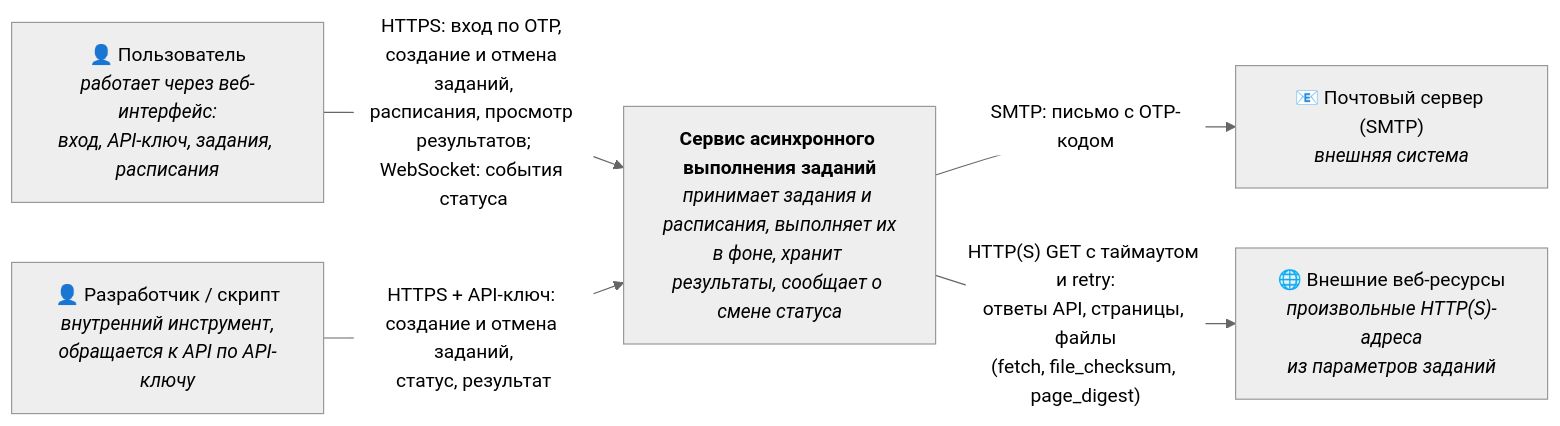
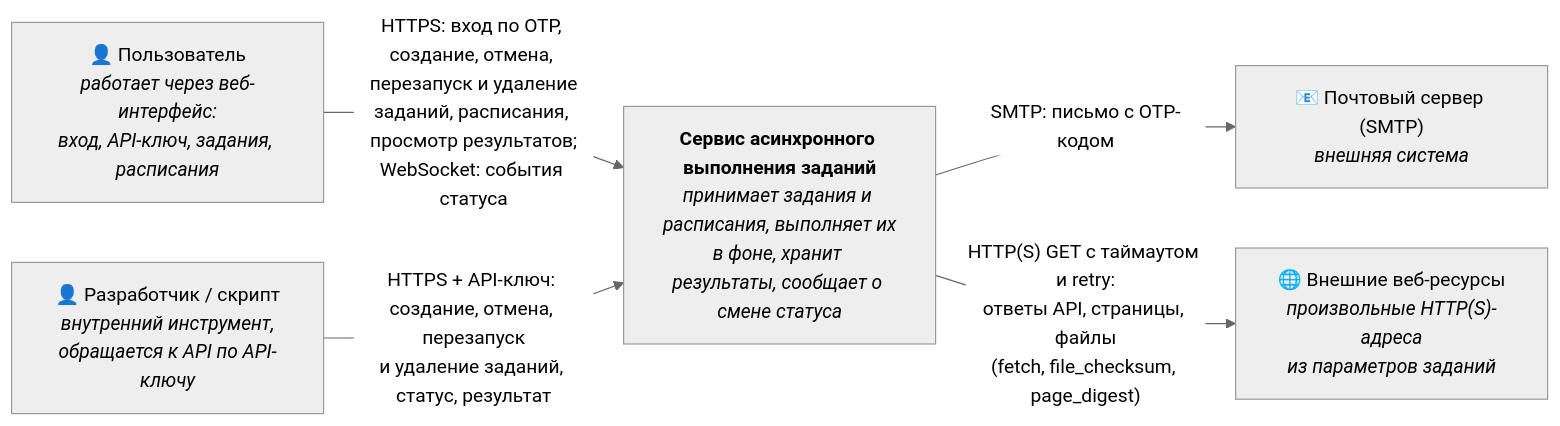
Before and after one commit to AIProgramIngeneering2026/team-cifrovie-kovri-sezon-2: the first of 2 diagrams in docs/architecture.md, drawn with Mermaid (neutral theme). The commit also changed other lines of this file and 2 other files, not shown here.

Commit message:
docs: описать жизненный цикл Job, retry и удаление задания

````diff
--- a/docs/architecture.md
+++ b/docs/architecture.md
@@ -11,15 +11,15 @@
 ```mermaid
 flowchart LR
     user["👤 Пользователь<br/><i>работает через веб-интерфейс:<br/>вход, API-ключ, задания, расписания</i>"]
     dev["👤 Разработчик / скрипт<br/><i>внутренний инструмент,<br/>обращается к API по API-ключу</i>"]
 
     system["<b>Сервис асинхронного выполнения заданий</b><br/><i>принимает задания и расписания, выполняет их<br/>в фоне, хранит результаты, сообщает о смене статуса</i>"]
 
     smtp["📧 Почтовый сервер (SMTP)<br/><i>внешняя система</i>"]
     web["🌐 Внешние веб-ресурсы<br/><i>произвольные HTTP(S)-адреса<br/>из параметров заданий</i>"]
 
-    user -- "HTTPS: вход по OTP, создание и отмена заданий,<br/>расписания, просмотр результатов;<br/>WebSocket: события статуса" --> system
-    dev -- "HTTPS + API-ключ: создание и отмена заданий,<br/>статус, результат" --> system
+    user -- "HTTPS: вход по OTP, создание, отмена, перезапуск и удаление<br/>заданий, расписания, просмотр результатов;<br/>WebSocket: события статуса" --> system
+    dev -- "HTTPS + API-ключ: создание, отмена, перезапуск<br/>и удаление заданий, статус, результат" --> system
     system -- "SMTP: письмо с OTP-кодом" --> smtp
     system -- "HTTP(S) GET с таймаутом и retry:<br/>ответы API, страницы, файлы<br/>(fetch, file_checksum, page_digest)" --> web
 ```
````
